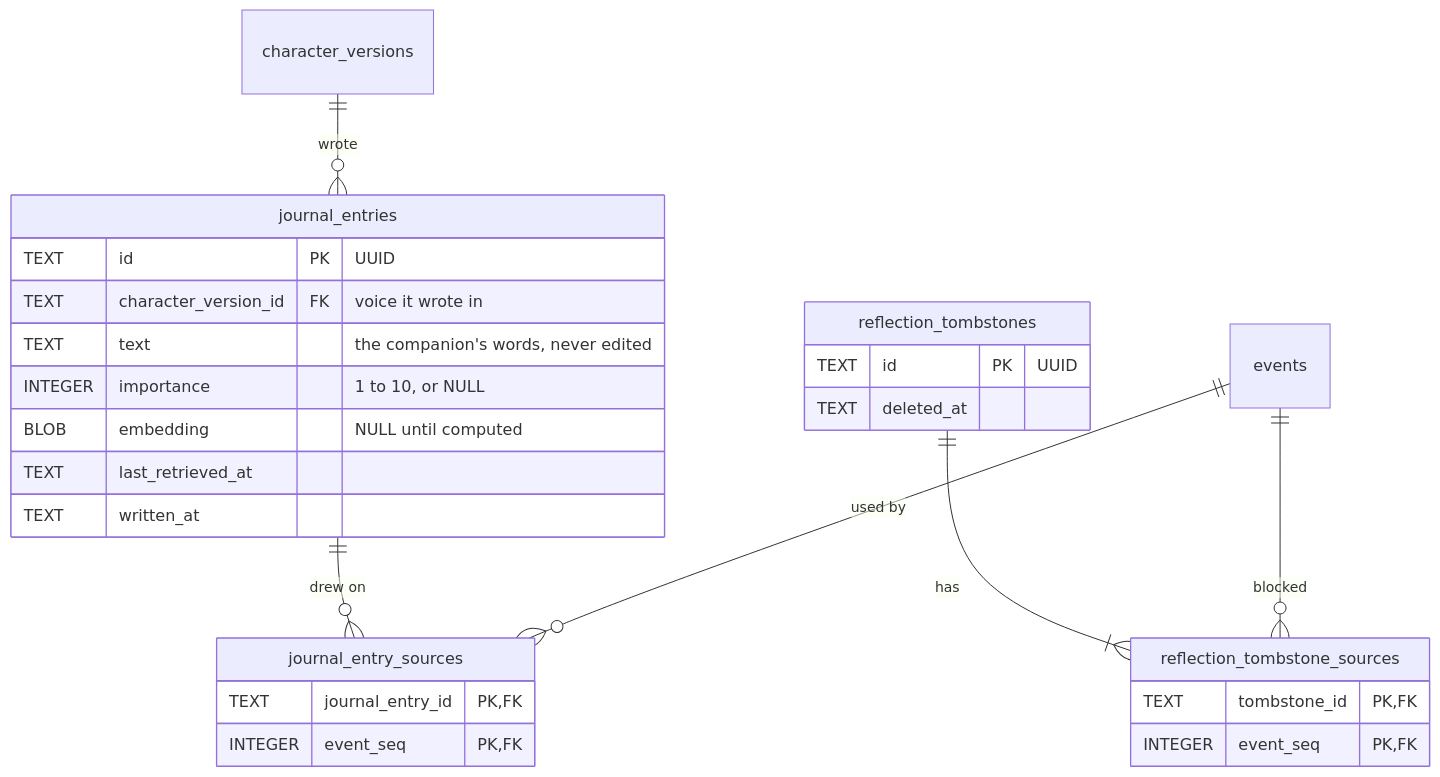
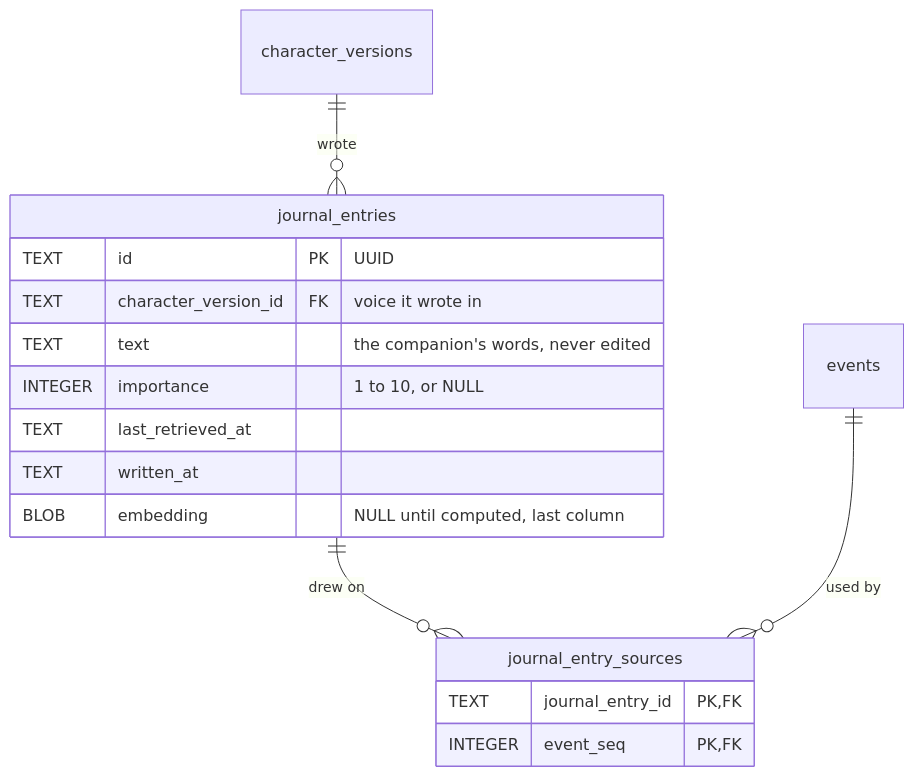
Before and after one commit to NguyenVu04/cognia: the eighth of 10 diagrams in docs/ERD.md, drawn with Mermaid. The commit also changed other lines of this file and 40 other files, not shown here.

````diff
--- a/docs/ERD.md
+++ b/docs/ERD.md
@@ -778,29 +797,19 @@
 ```mermaid
 erDiagram
     journal_entries {
         TEXT id PK "UUID"
         TEXT character_version_id FK "voice it wrote in"
         TEXT text "the companion's words, never edited"
         INTEGER importance "1 to 10, or NULL"
-        BLOB embedding "NULL until computed"
         TEXT last_retrieved_at
         TEXT written_at
+        BLOB embedding "NULL until computed, last column"
     }
     journal_entry_sources {
         TEXT journal_entry_id PK, FK
         INTEGER event_seq PK, FK
     }
-    reflection_tombstones {
-        TEXT id PK "UUID"
-        TEXT deleted_at
-    }
-    reflection_tombstone_sources {
-        TEXT tombstone_id PK, FK
-        INTEGER event_seq PK, FK
-    }
     character_versions ||--o{ journal_entries : "wrote"
     journal_entries ||--o{ journal_entry_sources : "drew on"
     events ||--o{ journal_entry_sources : "used by"
-    reflection_tombstones ||--|{ reflection_tombstone_sources : "has"
-    events ||--o{ reflection_tombstone_sources : "blocked"
 ```
````
